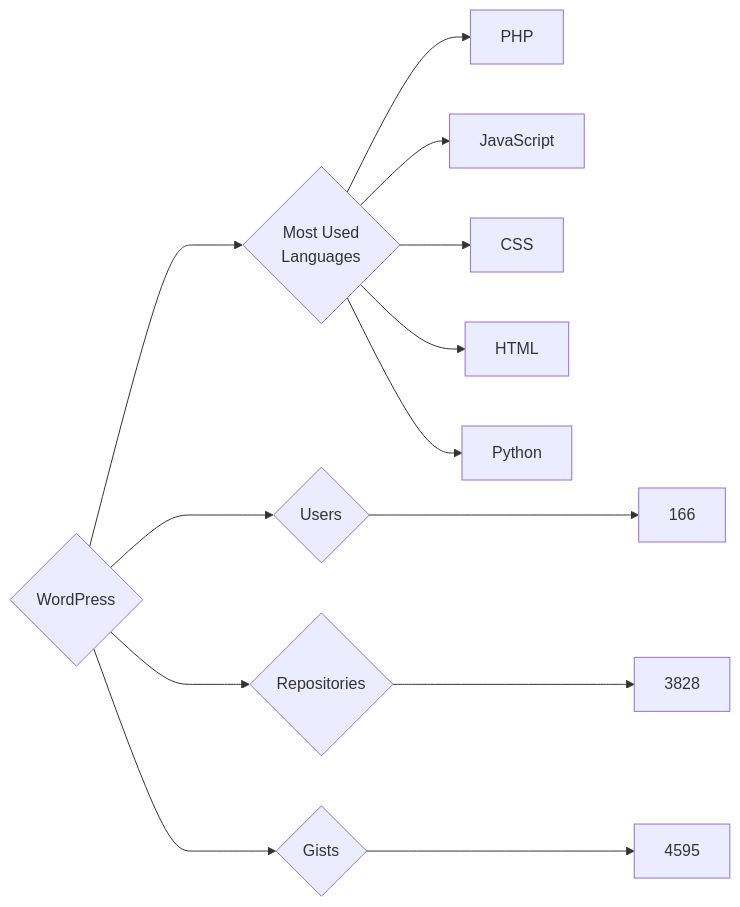
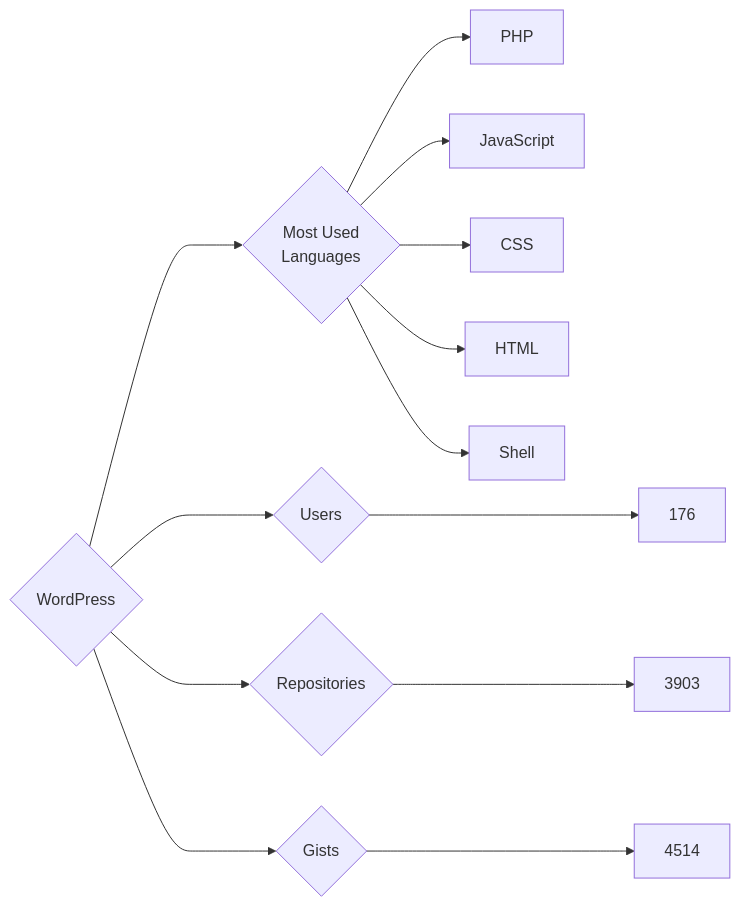
One commit to trickest/insiders changed the diagram in targets/WordPress/README.md. Above: the diagram before and after it, drawn with Mermaid. The commit also changed 871 other files, not shown here.

````diff
--- a/targets/WordPress/README.md
+++ b/targets/WordPress/README.md
@@ -3,13 +3,13 @@
 ```mermaid
 graph LR
 COMPANY_NAME{WordPress}
-COMPANY_NAME ---> U{Users} ---> UN[166]
-COMPANY_NAME ---> R{Repositories} ---> RN[3828]
-COMPANY_NAME ---> G{Gists} ---> GN[4595]
+COMPANY_NAME ---> U{Users} ---> UN[176]
+COMPANY_NAME ---> R{Repositories} ---> RN[3903]
+COMPANY_NAME ---> G{Gists} ---> GN[4514]
 COMPANY_NAME ---> ML{Most Used<br>Languages}
 ML --> PHP[PHP]
 ML --> JavaScript[JavaScript]
 ML --> CSS[CSS]
 ML --> HTML[HTML]
-ML --> Python[Python]
+ML --> Shell[Shell]
 ```
````
